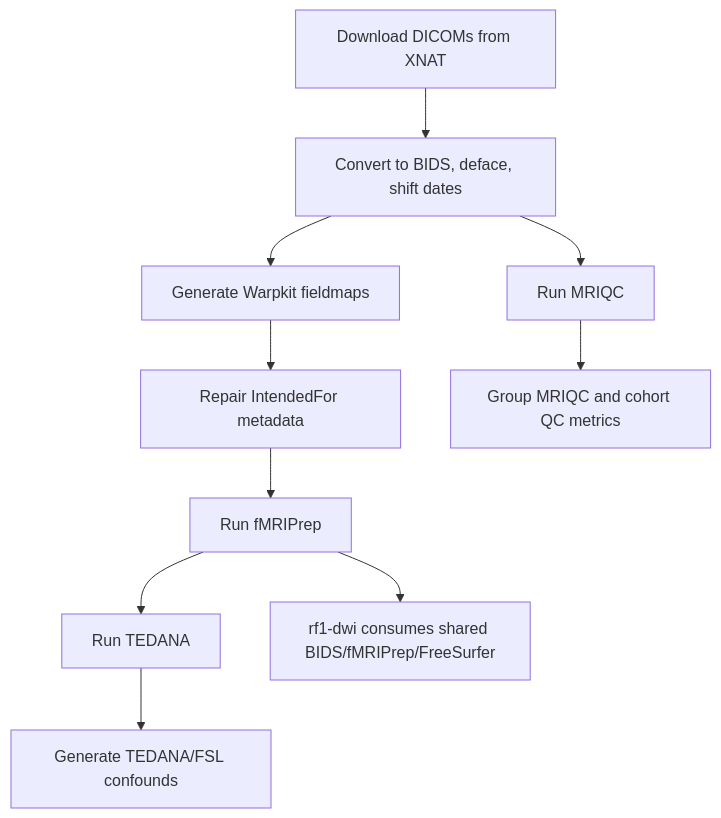
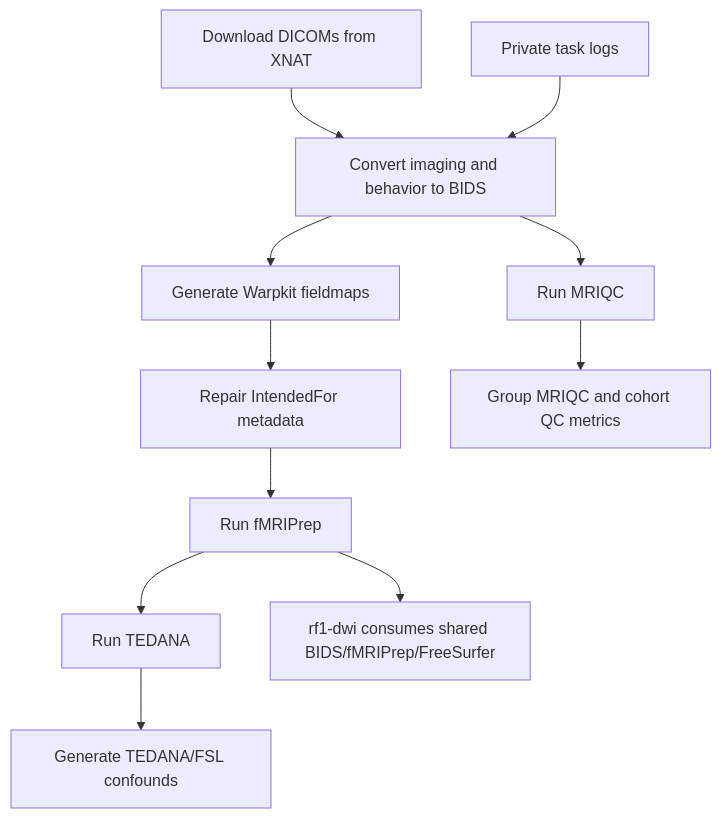
Before and after one commit to DVS-Lab/rf1-sra-linux2: the diagram in README.md, drawn with Mermaid. The commit also changed other lines of this file and 10 other files, not shown here.

````diff
--- a/README.md
+++ b/README.md
@@ -81,12 +87,13 @@
 ```mermaid
 flowchart TD
-  A["Download DICOMs from XNAT"] --> B["Convert to BIDS, deface, shift dates"]
+  A["Download DICOMs from XNAT"] --> B["Convert imaging and behavior to BIDS"]
+  K["Private task logs"] --> B
   B --> C["Generate Warpkit fieldmaps"]
   C --> D["Repair IntendedFor metadata"]
   D --> E["Run fMRIPrep"]
   E --> F["Run TEDANA"]
   F --> G["Generate TEDANA/FSL confounds"]
   B --> H["Run MRIQC"]
   H --> I["Group MRIQC and cohort QC metrics"]
   E --> J["rf1-dwi consumes shared BIDS/fMRIPrep/FreeSurfer"]
 ```
````
